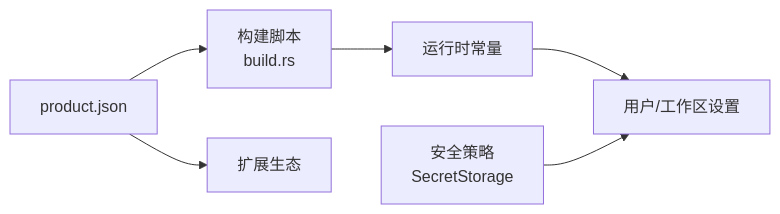
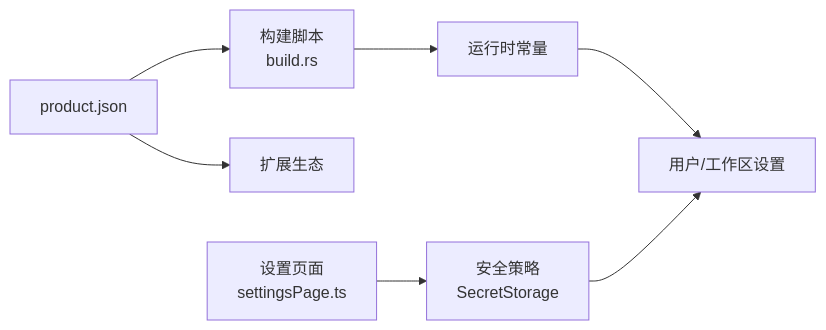
The fourth of 4 diagrams in .qoder/repowiki/zh/content/配置管理.md (sofate798/KodrixCode), drawn with Mermaid before and after one commit. The commit also changed other lines of this file and 9 other files, not shown here.

````diff
--- a/.qoder/repowiki/zh/content/配置管理.md
+++ b/.qoder/repowiki/zh/content/配置管理.md
@@ -242,8 +322,9 @@
 ```mermaid
 graph LR
 P["product.json"] --> B["构建脚本<br/>build.rs"]
 B --> R["运行时常量"]
 R --> U["用户/工作区设置"]
 P --> E["扩展生态"]
 S["安全策略<br/>SecretStorage"] --> U
+SS["设置页面<br/>settingsPage.ts"] --> S
 ```
````
